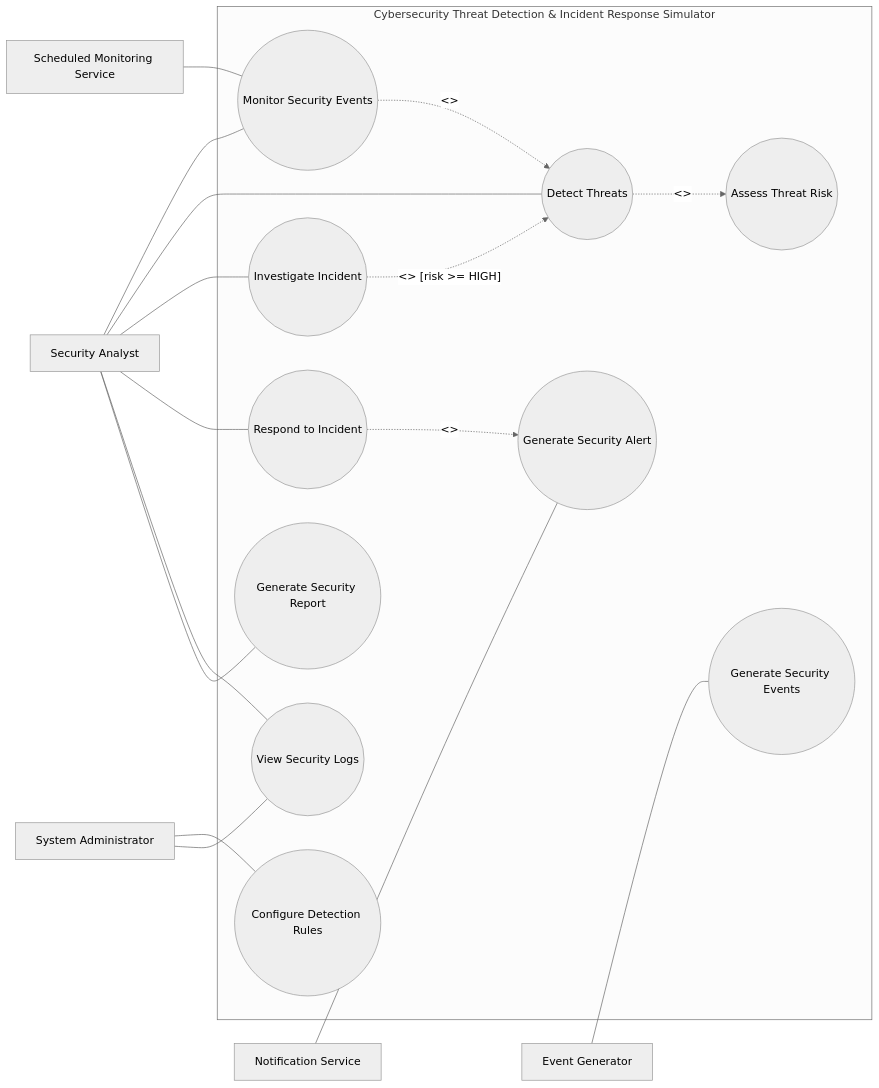
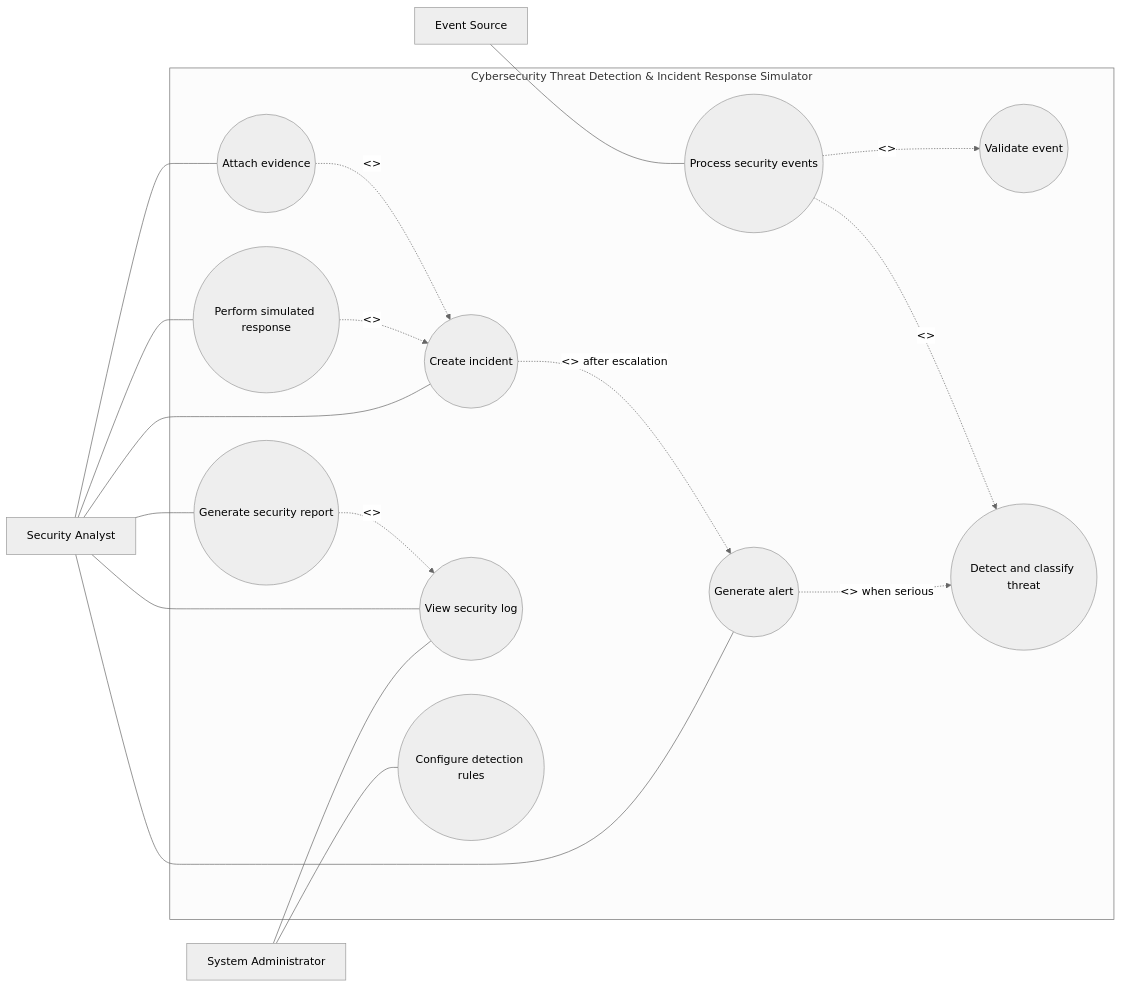
Before and after one commit to jaitak2121-spec/CybersecurityThreatdetector: the diagram in usercasediagram.mmd, drawn with Mermaid (neutral theme). The commit also changed 25 other files, not shown here.

```diff
--- a/usercasediagram.mmd
+++ b/usercasediagram.mmd
@@ -1,42 +1,35 @@
 flowchart LR
-
+    ES["Event Source"]
     SA["Security Analyst"]
     ADMIN["System Administrator"]
-    EG["Event Generator"]
-    SMS["Scheduled Monitoring Service"]
-    NS["Notification Service"]
 
     subgraph SYSTEM["Cybersecurity Threat Detection & Incident Response Simulator"]
+        VALIDATE(("Validate event"))
+        PROCESS(("Process security events"))
+        DETECT(("Detect and classify threat"))
+        ALERT(("Generate alert"))
+        INCIDENT(("Create incident"))
+        INVESTIGATE(("Attach evidence"))
+        RESPOND(("Perform simulated response"))
+        LOGS(("View security log"))
+        REPORT(("Generate security report"))
+        RULES(("Configure detection rules"))
 
-        UC1(("Generate Security Events"))
-        UC2(("Monitor Security Events"))
-        UC3(("Detect Threats"))
-        UC4(("Assess Threat Risk"))
-        UC5(("Investigate Incident"))
-        UC6(("Respond to Incident"))
-        UC7(("Generate Security Alert"))
-        UC8(("View Security Logs"))
-        UC9(("Generate Security Report"))
-        UC10(("Configure Detection Rules"))
-
-        UC2 -. "<<include>>" .-> UC3
-        UC3 -. "<<include>>" .-> UC4
-        UC6 -. "<<include>>" .-> UC7
-
-        UC5 -. "<<extend>> [risk >= HIGH]" .-> UC3
-
+        PROCESS -. "<<include>>" .-> VALIDATE
+        PROCESS -. "<<include>>" .-> DETECT
+        ALERT -. "<<extend>> when serious" .-> DETECT
+        INCIDENT -. "<<extend>> after escalation" .-> ALERT
+        INVESTIGATE -. "<<include>>" .-> INCIDENT
+        RESPOND -. "<<include>>" .-> INCIDENT
+        REPORT -. "<<include>>" .-> LOGS
     end
 
-    SA --- UC2
-    SA --- UC3
-    SA --- UC5
-    SA --- UC6
-    SA --- UC8
-    SA --- UC9
-
-    ADMIN --- UC10
-    ADMIN --- UC8
-
-    EG --- UC1
-    SMS --- UC2
-    NS --- UC7
+    ES --- PROCESS
+    SA --- ALERT
+    SA --- INCIDENT
+    SA --- INVESTIGATE
+    SA --- RESPOND
+    SA --- LOGS
+    SA --- REPORT
+    ADMIN --- RULES
+    ADMIN --- LOGS
```
